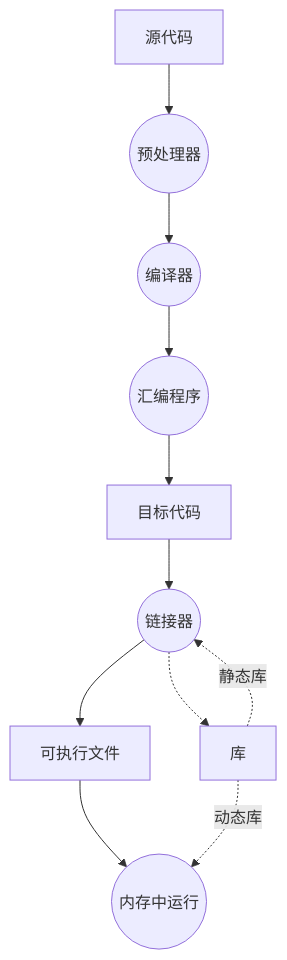
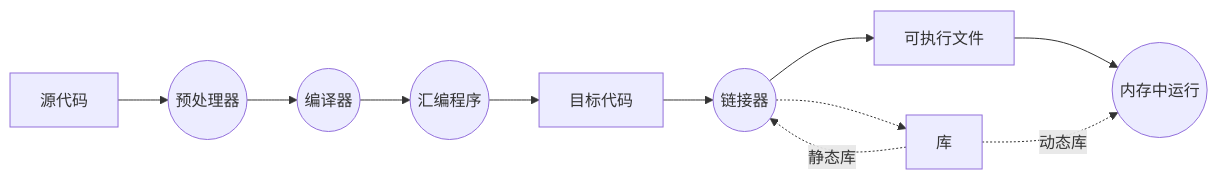
The diagram in README.md (feizhanxia/useCXXLibs), drawn with Mermaid before and after one commit.

````diff
--- a/README.md
+++ b/README.md
@@ -45,19 +45,19 @@
 ```mermaid
-flowchart TB
+flowchart LR
 A[源代码]
 B((预处理器))
 C[目标代码]
 D((编译器))
 E[可执行文件]
 F((汇编程序))
 G[库]
 H((链接器))
 I((内存中运行))
 G-.静态库.->H
 H-.->G
 F-->C-->H-->E-->I
 A-->B-->D-->F
 G-.动态库.->I
 
 
 ```
````
